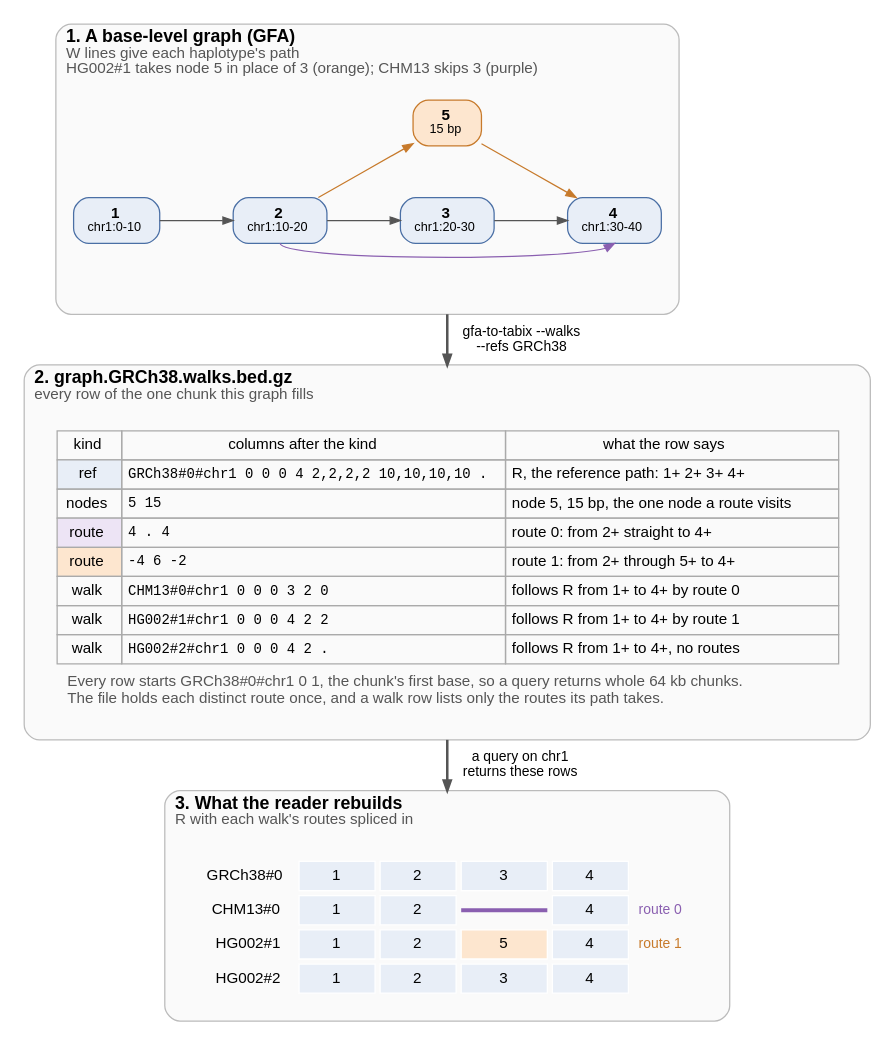
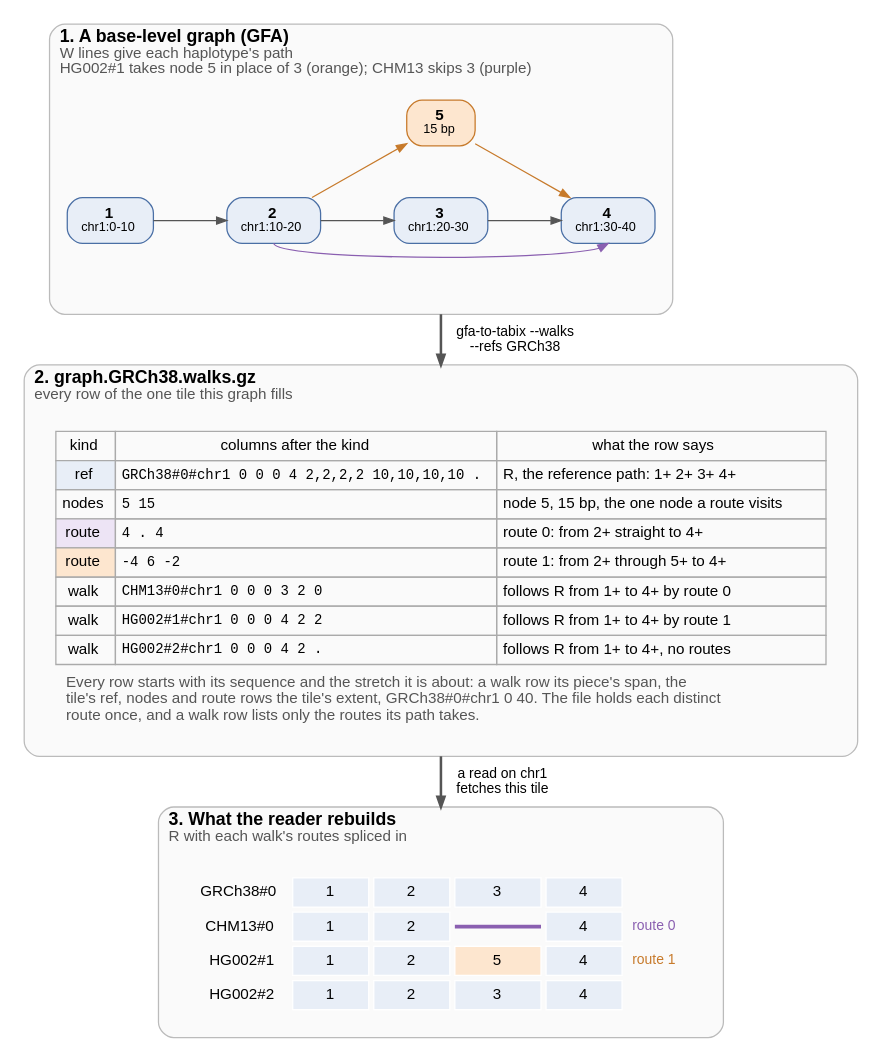
Before and after one commit to GMOD/gfa-to-tabix: the diagram in docs/figures/walks-detail.dot, drawn with Graphviz. The commit also changed 6 other files, not shown here.

Commit message:
figures.py reads walk format 7: the tile's extent in the caption, walks.gz in the labels

```diff
--- a/docs/figures/walks-detail.dot
+++ b/docs/figures/walks-detail.dot
@@ -1,74 +1,74 @@
 // scripts/figures.py fills the marked rows from the tool's output and draws this figure
 digraph walks {
   bgcolor="white"
   fontname="Helvetica"
   newrank=true
   compound=true
   nodesep=0.4
   ranksep=0.55
   node [fontname="Helvetica", fontsize=12, shape=box, style="filled,rounded", fillcolor="#e8eef7", color="#4a6fa5", margin="0.15,0.06"]
   edge [fontname="Helvetica", fontsize=11, color="#555555", arrowsize=0.8]
 
   subgraph {
     graph [labeljust=l, fontsize=14, color="#bbbbbb", style="rounded,filled", fillcolor="#fafafa", margin=14]
 
     subgraph cluster_graph {
       label=<<B>1. A base-level graph (GFA)</B><BR ALIGN="LEFT"/><FONT POINT-SIZE="12" COLOR="#555555">W lines give each haplotype's path</FONT><BR ALIGN="LEFT"/><FONT POINT-SIZE="12" COLOR="#555555">HG002#1 takes node 5 in place of 3 (orange); CHM13 skips 3 (purple)</FONT><BR ALIGN="LEFT"/>>
       // begin graph
       n1 [label=<<B>1</B><BR/><FONT POINT-SIZE="10">chr1:0-10</FONT>>]
       n2 [label=<<B>2</B><BR/><FONT POINT-SIZE="10">chr1:10-20</FONT>>]
       n3 [label=<<B>3</B><BR/><FONT POINT-SIZE="10">chr1:20-30</FONT>>]
       n4 [label=<<B>4</B><BR/><FONT POINT-SIZE="10">chr1:30-40</FONT>>]
       n5 [label=<<B>5</B><BR/><FONT POINT-SIZE="10">15 bp</FONT>>, fillcolor="#fde6cf", color="#c77a2b"]
       {rank=same; n1; n2; n3; n4}
       n1 -> n2 [weight=20]
       n2 -> n3 [weight=20]
       n3 -> n4 [weight=20]
       n2 -> n5 [color="#c77a2b", constraint=false]
       n5 -> n4 [color="#c77a2b", constraint=false]
       n2:s -> n4:s [color="#8a5fb0", constraint=false]
       n5 -> n3 [style=invis, weight=20]
       nbelow [style=invis, label="", width=0, height=0]
       n3 -> nbelow [style=invis]
       // end graph
     }
 
     subgraph cluster_file {
-      label=<<B>2. graph.GRCh38.walks.bed.gz</B><BR ALIGN="LEFT"/><FONT POINT-SIZE="12" COLOR="#555555">every row of the one chunk this graph fills</FONT><BR ALIGN="LEFT"/>>
+      label=<<B>2. graph.GRCh38.walks.gz</B><BR ALIGN="LEFT"/><FONT POINT-SIZE="12" COLOR="#555555">every row of the one tile this graph fills</FONT><BR ALIGN="LEFT"/>>
       rows [shape=plaintext, style="", label=<
         <TABLE BORDER="0" CELLBORDER="1" CELLSPACING="0" CELLPADDING="4" COLOR="#aaaaaa">
           <TR BGCOLOR="#dddddd"><TD>kind</TD><TD>columns after the kind</TD><TD>what the row says</TD></TR>
           <!-- begin rows -->
           <TR><TD BGCOLOR="#e8eef7">ref</TD><TD ALIGN="LEFT"><FONT FACE="Courier" POINT-SIZE="11">GRCh38#0#chr1 0 0 0 4 2,2,2,2 10,10,10,10 .</FONT></TD><TD ALIGN="LEFT">R, the reference path: 1+ 2+ 3+ 4+</TD></TR>
           <TR><TD>nodes</TD><TD ALIGN="LEFT"><FONT FACE="Courier" POINT-SIZE="11">5 15</FONT></TD><TD ALIGN="LEFT">node 5, 15 bp, the one node a route visits</TD></TR>
           <TR><TD BGCOLOR="#ede4f5">route</TD><TD ALIGN="LEFT"><FONT FACE="Courier" POINT-SIZE="11">4 . 4</FONT></TD><TD ALIGN="LEFT">route 0: from 2+ straight to 4+</TD></TR>
           <TR><TD BGCOLOR="#fde6cf">route</TD><TD ALIGN="LEFT"><FONT FACE="Courier" POINT-SIZE="11">-4 6 -2</FONT></TD><TD ALIGN="LEFT">route 1: from 2+ through 5+ to 4+</TD></TR>
           <TR><TD>walk</TD><TD ALIGN="LEFT"><FONT FACE="Courier" POINT-SIZE="11">CHM13#0#chr1 0 0 0 3 2 0</FONT></TD><TD ALIGN="LEFT">follows R from 1+ to 4+ by route 0</TD></TR>
           <TR><TD>walk</TD><TD ALIGN="LEFT"><FONT FACE="Courier" POINT-SIZE="11">HG002#1#chr1 0 0 0 4 2 2</FONT></TD><TD ALIGN="LEFT">follows R from 1+ to 4+ by route 1</TD></TR>
           <TR><TD>walk</TD><TD ALIGN="LEFT"><FONT FACE="Courier" POINT-SIZE="11">HG002#2#chr1 0 0 0 4 2 .</FONT></TD><TD ALIGN="LEFT">follows R from 1+ to 4+, no routes</TD></TR>
           <!-- end rows -->
           <!-- begin caption -->
-          <TR><TD BORDER="0" CELLPADDING="8" COLSPAN="3" ALIGN="LEFT" BALIGN="LEFT"><FONT POINT-SIZE="12" COLOR="#555555">Every row starts GRCh38#0#chr1 0 1, the chunk's first base, so a query returns whole 64 kb chunks.<BR/>The file holds each distinct route once, and a walk row lists only the routes its path takes.</FONT></TD></TR>
+          <TR><TD BORDER="0" CELLPADDING="8" COLSPAN="3" ALIGN="LEFT" BALIGN="LEFT"><FONT POINT-SIZE="12" COLOR="#555555">Every row starts with its sequence and the stretch it is about: a walk row its piece's span, the<BR/>tile's ref, nodes and route rows the tile's extent, GRCh38#0#chr1 0 40. The file holds each distinct<BR/>route once, and a walk row lists only the routes its path takes.</FONT></TD></TR>
           <!-- end caption -->
         </TABLE>>]
     }
 
     subgraph cluster_rebuilt {
       label=<<B>3. What the reader rebuilds</B><BR ALIGN="LEFT"/><FONT POINT-SIZE="12" COLOR="#555555">R with each walk's routes spliced in</FONT><BR ALIGN="LEFT"/>>
       rebuilt [shape=plaintext, style="", label=<
         <TABLE BORDER="0" CELLBORDER="1" CELLSPACING="4" CELLPADDING="4" COLOR="#ffffff">
           <!-- begin rebuilt -->
           <TR><TD BORDER="0" ALIGN="RIGHT">GRCh38#0</TD><TD WIDTH="60" BGCOLOR="#e8eef7">1</TD><TD WIDTH="60" BGCOLOR="#e8eef7">2</TD><TD WIDTH="60" BGCOLOR="#e8eef7">3</TD><TD WIDTH="60" BGCOLOR="#e8eef7">4</TD><TD BORDER="0" ALIGN="LEFT"></TD></TR>
           <TR><TD BORDER="0" ALIGN="RIGHT">CHM13#0</TD><TD BGCOLOR="#e8eef7">1</TD><TD BGCOLOR="#e8eef7">2</TD><TD BORDER="0" CELLPADDING="0"><TABLE BORDER="0" CELLSPACING="0" CELLPADDING="0"><TR><TD FIXEDSIZE="TRUE" HEIGHT="3" WIDTH="68" BGCOLOR="#8a5fb0"></TD></TR></TABLE></TD><TD BGCOLOR="#e8eef7">4</TD><TD BORDER="0" ALIGN="LEFT"><FONT POINT-SIZE="11" COLOR="#8a5fb0">route 0</FONT></TD></TR>
           <TR><TD BORDER="0" ALIGN="RIGHT">HG002#1</TD><TD BGCOLOR="#e8eef7">1</TD><TD BGCOLOR="#e8eef7">2</TD><TD BGCOLOR="#fde6cf">5</TD><TD BGCOLOR="#e8eef7">4</TD><TD BORDER="0" ALIGN="LEFT"><FONT POINT-SIZE="11" COLOR="#c77a2b">route 1</FONT></TD></TR>
           <TR><TD BORDER="0" ALIGN="RIGHT">HG002#2</TD><TD BGCOLOR="#e8eef7">1</TD><TD BGCOLOR="#e8eef7">2</TD><TD BGCOLOR="#e8eef7">3</TD><TD BGCOLOR="#e8eef7">4</TD><TD BORDER="0" ALIGN="LEFT"></TD></TR>
           <!-- end rebuilt -->
         </TABLE>>]
     }
   }
 
   // begin arrows
   nbelow -> rows [ltail=cluster_graph, lhead=cluster_file, label="  gfa-to-tabix --walks\n  --refs GRCh38", penwidth=2]
-  rows -> rebuilt [ltail=cluster_file, lhead=cluster_rebuilt, label="  a query on chr1\n  returns these rows", penwidth=2]
+  rows -> rebuilt [ltail=cluster_file, lhead=cluster_rebuilt, label="  a read on chr1\n  fetches this tile", penwidth=2]
   // end arrows
 }
```
